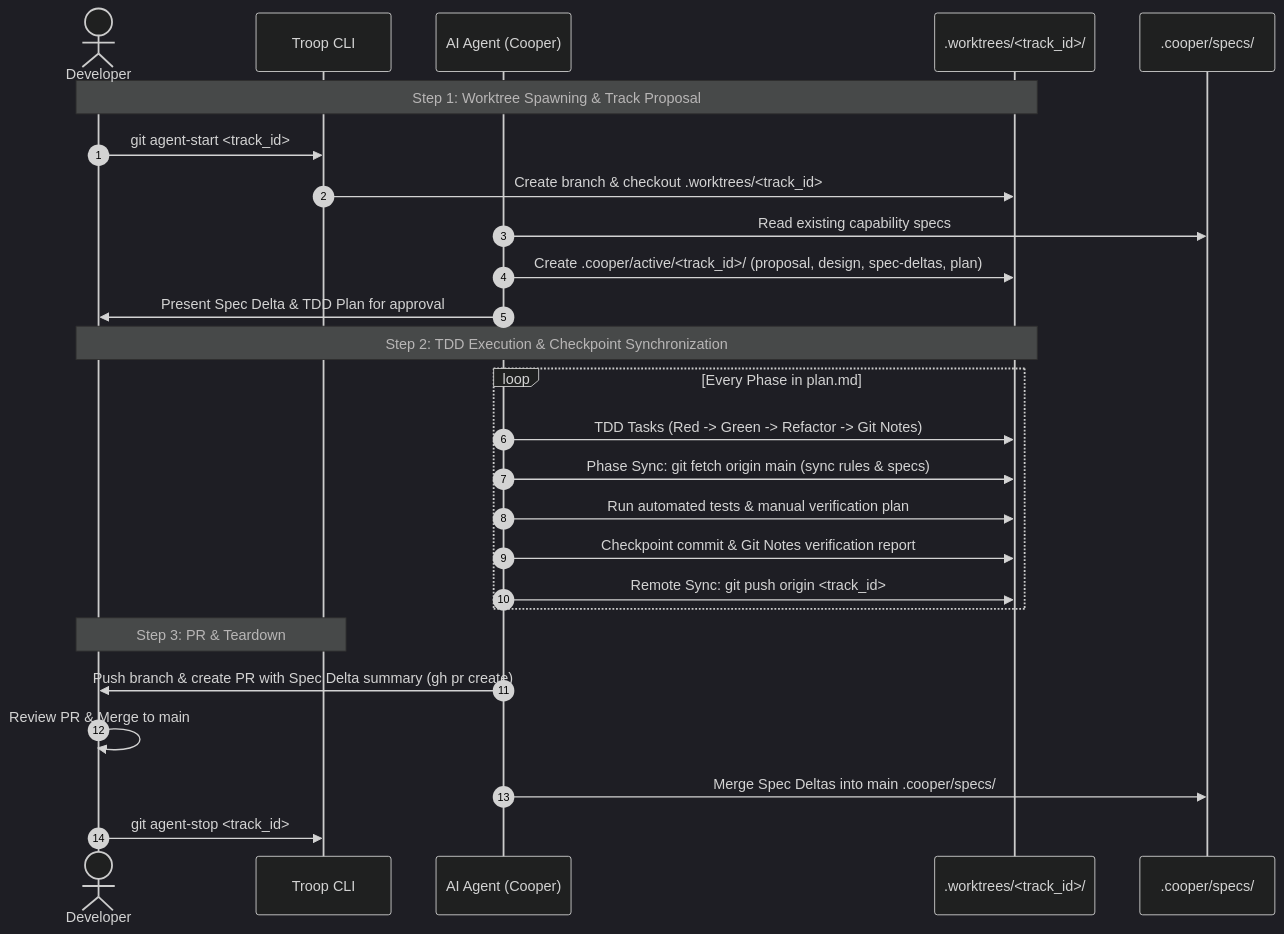
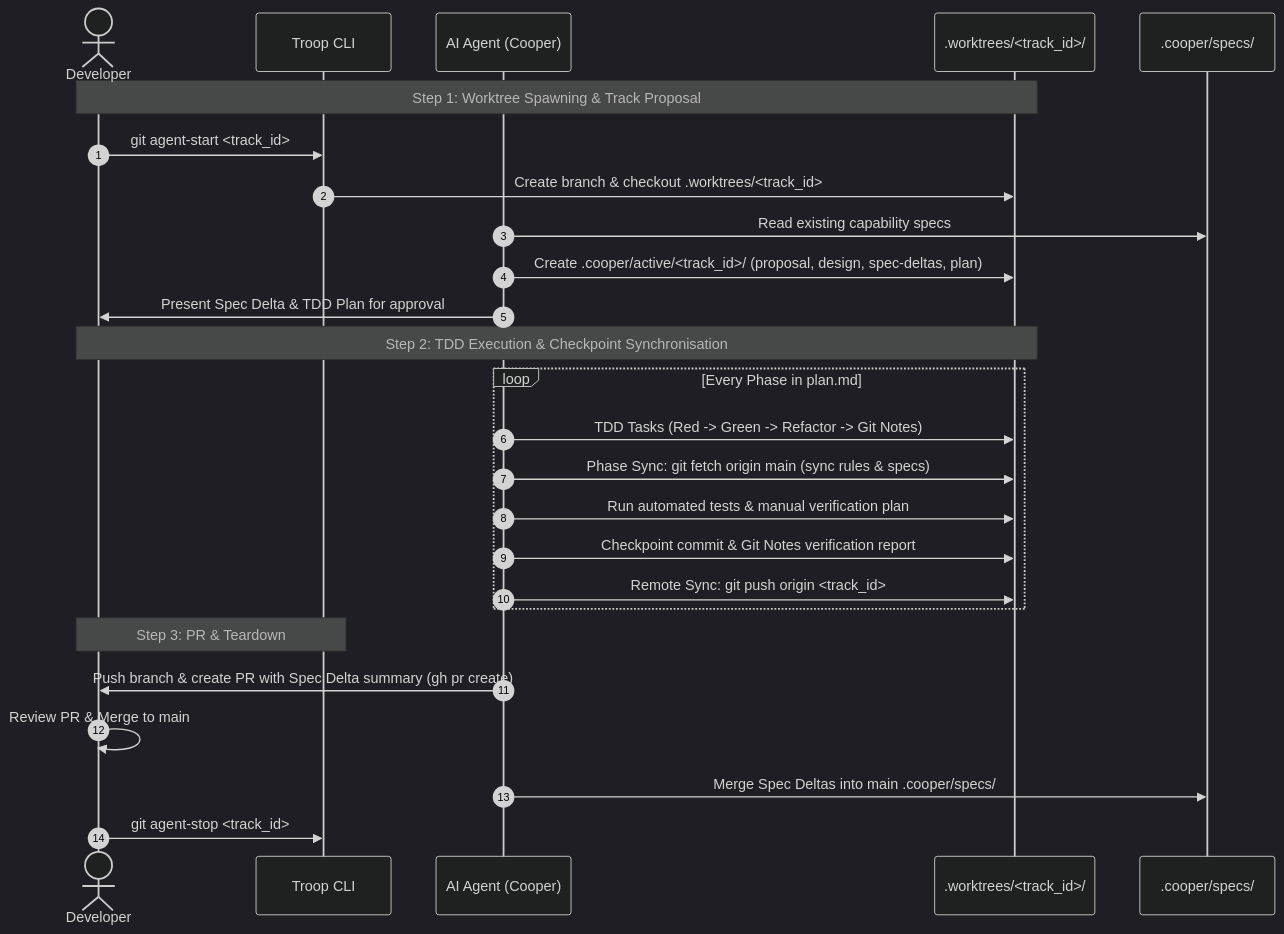
The second of 2 diagrams in docs/openspec-vs-conductor-comparison.md (twoBoots/cooper), drawn with Mermaid (dark theme) before and after one commit. The commit also changed other lines of this file, not shown here.

````diff
--- a/docs/openspec-vs-conductor-comparison.md
+++ b/docs/openspec-vs-conductor-comparison.md
@@ -138,31 +122,31 @@
 ```mermaid
 sequenceDiagram
     autonumber
     actor Dev as Developer
     participant Troop as Troop CLI
     participant Agent as AI Agent (Cooper)
     participant Worktree as .worktrees/<track_id>/
     participant LivingSpecs as .cooper/specs/
 
     Note over Dev, Worktree: Step 1: Worktree Spawning & Track Proposal
     Dev->>Troop: git agent-start <track_id>
     Troop->>Worktree: Create branch & checkout .worktrees/<track_id>
     Agent->>LivingSpecs: Read existing capability specs
     Agent->>Worktree: Create .cooper/active/<track_id>/ (proposal, design, spec-deltas, plan)
     Agent->>Dev: Present Spec Delta & TDD Plan for approval
 
-    Note over Dev, Worktree: Step 2: TDD Execution & Checkpoint Synchronization
+    Note over Dev, Worktree: Step 2: TDD Execution & Checkpoint Synchronisation
     loop Every Phase in plan.md
         Agent->>Worktree: TDD Tasks (Red -> Green -> Refactor -> Git Notes)
         Agent->>Worktree: Phase Sync: git fetch origin main (sync rules & specs)
         Agent->>Worktree: Run automated tests & manual verification plan
         Agent->>Worktree: Checkpoint commit & Git Notes verification report
         Agent->>Worktree: Remote Sync: git push origin <track_id>
     end
 
     Note over Dev, Troop: Step 3: PR & Teardown
     Agent->>Dev: Push branch & create PR with Spec Delta summary (gh pr create)
     Dev->>Dev: Review PR & Merge to main
     Agent->>LivingSpecs: Merge Spec Deltas into main .cooper/specs/
     Dev->>Troop: git agent-stop <track_id>
 ```
````
